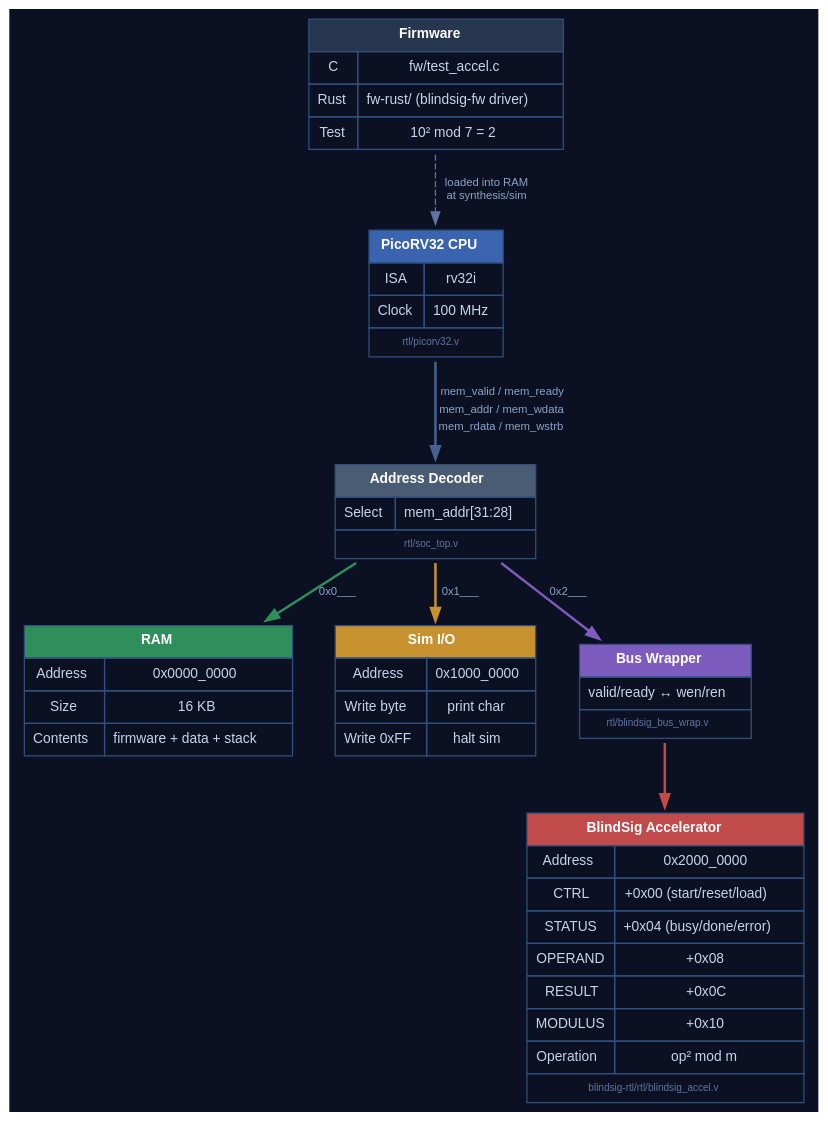
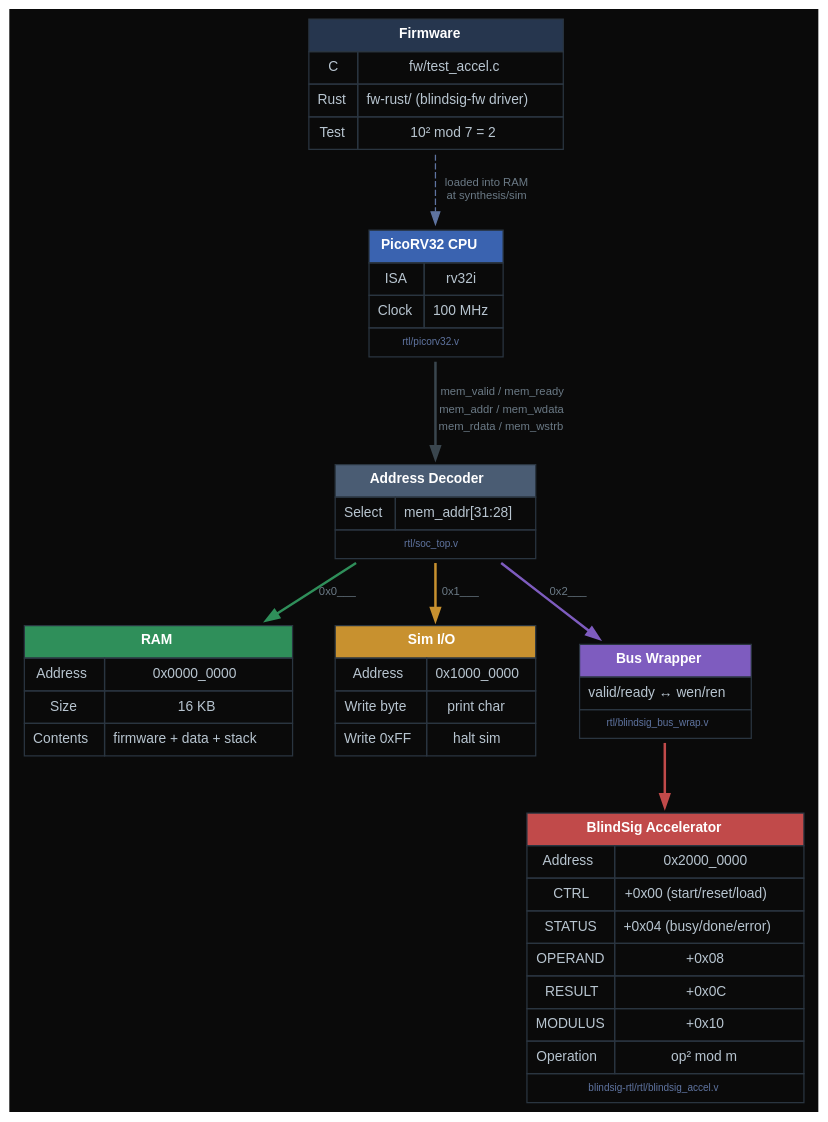
Before and after one commit to cong-or/blindsig-accel: the diagram in blindsig-soc/doc/soc_arch.dot, drawn with Graphviz. The commit also changed 5 other files, not shown here.

First line of the commit message:
Bring README diagrams onto the blindsig-hardware.org palette

```diff
--- a/blindsig-soc/doc/soc_arch.dot
+++ b/blindsig-soc/doc/soc_arch.dot
@@ -1,92 +1,92 @@
-// blindsig-soc architecture diagram (blueprint theme)
+// blindsig-soc architecture diagram (blindsig-hardware.org theme)
 // Generate: dot -Tsvg soc_arch.dot -o soc_arch.svg
 //           dot -Tpng -Gdpi=140 soc_arch.dot -o soc_arch.png
 
 digraph soc {
     rankdir=TB;
-    bgcolor="#0b1122";
+    bgcolor="#0a0a0a";
     fontname="Helvetica";
-    node [fontname="Helvetica", fontsize=11, fontcolor="#c7d5ea", shape=plaintext];
-    edge [fontname="Helvetica", fontsize=9, color="#46618f", fontcolor="#8ba3c7"];
+    node [fontname="Helvetica", fontsize=11, fontcolor="#b8c5d0", shape=plaintext];
+    edge [fontname="Helvetica", fontsize=9, color="#3a464e", fontcolor="#6b7a86"];
 
     // ── Firmware ──
     fw [label=<
-        <TABLE BORDER="0" CELLBORDER="1" CELLSPACING="0" CELLPADDING="6" COLOR="#31507d">
+        <TABLE BORDER="0" CELLBORDER="1" CELLSPACING="0" CELLPADDING="6" COLOR="#2a3540">
             <TR><TD BGCOLOR="#26364e" COLSPAN="2"><FONT COLOR="#ffffff"><B>Firmware</B></FONT></TD></TR>
             <TR><TD>C</TD><TD>fw/test_accel.c</TD></TR>
             <TR><TD>Rust</TD><TD>fw-rust/ (blindsig-fw driver)</TD></TR>
             <TR><TD>Test</TD><TD>10² mod 7 = 2</TD></TR>
         </TABLE>>];
 
     // ── CPU ──
     cpu [label=<
-        <TABLE BORDER="0" CELLBORDER="1" CELLSPACING="0" CELLPADDING="6" COLOR="#31507d">
+        <TABLE BORDER="0" CELLBORDER="1" CELLSPACING="0" CELLPADDING="6" COLOR="#2a3540">
             <TR><TD BGCOLOR="#3a63b0" COLSPAN="2"><FONT COLOR="#ffffff"><B>PicoRV32 CPU</B></FONT></TD></TR>
             <TR><TD>ISA</TD><TD>rv32i</TD></TR>
             <TR><TD>Clock</TD><TD>100 MHz</TD></TR>
             <TR><TD COLSPAN="2"><FONT COLOR="#5f74a0" POINT-SIZE="8">rtl/picorv32.v</FONT></TD></TR>
         </TABLE>>];
 
     // ── Address Decoder ──
     bus [label=<
-        <TABLE BORDER="0" CELLBORDER="1" CELLSPACING="0" CELLPADDING="6" COLOR="#31507d">
+        <TABLE BORDER="0" CELLBORDER="1" CELLSPACING="0" CELLPADDING="6" COLOR="#2a3540">
             <TR><TD BGCOLOR="#4a5c73" COLSPAN="2"><FONT COLOR="#ffffff"><B>Address Decoder</B></FONT></TD></TR>
             <TR><TD>Select</TD><TD>mem_addr[31:28]</TD></TR>
             <TR><TD COLSPAN="2"><FONT COLOR="#5f74a0" POINT-SIZE="8">rtl/soc_top.v</FONT></TD></TR>
         </TABLE>>];
 
     // ── RAM ──
     ram [label=<
-        <TABLE BORDER="0" CELLBORDER="1" CELLSPACING="0" CELLPADDING="6" COLOR="#31507d">
+        <TABLE BORDER="0" CELLBORDER="1" CELLSPACING="0" CELLPADDING="6" COLOR="#2a3540">
             <TR><TD BGCOLOR="#2f8f5a" COLSPAN="2"><FONT COLOR="#ffffff"><B>RAM</B></FONT></TD></TR>
             <TR><TD>Address</TD><TD>0x0000_0000</TD></TR>
             <TR><TD>Size</TD><TD>16 KB</TD></TR>
             <TR><TD>Contents</TD><TD>firmware + data + stack</TD></TR>
         </TABLE>>];
 
     // ── Sim I/O ──
     simio [label=<
-        <TABLE BORDER="0" CELLBORDER="1" CELLSPACING="0" CELLPADDING="6" COLOR="#31507d">
+        <TABLE BORDER="0" CELLBORDER="1" CELLSPACING="0" CELLPADDING="6" COLOR="#2a3540">
             <TR><TD BGCOLOR="#c8912f" COLSPAN="2"><FONT COLOR="#ffffff"><B>Sim I/O</B></FONT></TD></TR>
             <TR><TD>Address</TD><TD>0x1000_0000</TD></TR>
             <TR><TD>Write byte</TD><TD>print char</TD></TR>
             <TR><TD>Write 0xFF</TD><TD>halt sim</TD></TR>
         </TABLE>>];
 
     // ── Bus Wrapper ──
     buswrap [label=<
-        <TABLE BORDER="0" CELLBORDER="1" CELLSPACING="0" CELLPADDING="6" COLOR="#31507d">
+        <TABLE BORDER="0" CELLBORDER="1" CELLSPACING="0" CELLPADDING="6" COLOR="#2a3540">
             <TR><TD BGCOLOR="#7e5cbf" COLSPAN="2"><FONT COLOR="#ffffff"><B>Bus Wrapper</B></FONT></TD></TR>
             <TR><TD COLSPAN="2">valid/ready ↔ wen/ren</TD></TR>
             <TR><TD COLSPAN="2"><FONT COLOR="#5f74a0" POINT-SIZE="8">rtl/blindsig_bus_wrap.v</FONT></TD></TR>
         </TABLE>>];
 
     // ── Accelerator ──
     accel [label=<
-        <TABLE BORDER="0" CELLBORDER="1" CELLSPACING="0" CELLPADDING="6" COLOR="#31507d">
+        <TABLE BORDER="0" CELLBORDER="1" CELLSPACING="0" CELLPADDING="6" COLOR="#2a3540">
             <TR><TD BGCOLOR="#c14a4a" COLSPAN="2"><FONT COLOR="#ffffff"><B>BlindSig Accelerator</B></FONT></TD></TR>
             <TR><TD>Address</TD><TD>0x2000_0000</TD></TR>
             <TR><TD>CTRL</TD><TD>+0x00 (start/reset/load)</TD></TR>
             <TR><TD>STATUS</TD><TD>+0x04 (busy/done/error)</TD></TR>
             <TR><TD>OPERAND</TD><TD>+0x08</TD></TR>
             <TR><TD>RESULT</TD><TD>+0x0C</TD></TR>
             <TR><TD>MODULUS</TD><TD>+0x10</TD></TR>
             <TR><TD>Operation</TD><TD>op² mod m</TD></TR>
             <TR><TD COLSPAN="2"><FONT COLOR="#5f74a0" POINT-SIZE="8">blindsig-rtl/rtl/blindsig_accel.v</FONT></TD></TR>
         </TABLE>>];
 
     // ── Dataflow ──
     fw -> cpu [label="  loaded into RAM\n  at synthesis/sim", style=dashed, color="#5f74a0"];
 
     cpu -> bus [label=<
         <TABLE BORDER="0" CELLSPACING="0" CELLPADDING="2">
-            <TR><TD><FONT COLOR="#8ba3c7">mem_valid / mem_ready</FONT></TD></TR>
-            <TR><TD><FONT COLOR="#8ba3c7">mem_addr / mem_wdata</FONT></TD></TR>
-            <TR><TD><FONT COLOR="#8ba3c7">mem_rdata / mem_wstrb</FONT></TD></TR>
+            <TR><TD><FONT COLOR="#6b7a86">mem_valid / mem_ready</FONT></TD></TR>
+            <TR><TD><FONT COLOR="#6b7a86">mem_addr / mem_wdata</FONT></TD></TR>
+            <TR><TD><FONT COLOR="#6b7a86">mem_rdata / mem_wstrb</FONT></TD></TR>
         </TABLE>>, penwidth=2];
 
     bus -> ram     [label="  0x0___", penwidth=2, color="#2f8f5a"];
     bus -> simio   [label="  0x1___", penwidth=2, color="#c8912f"];
     bus -> buswrap [label="  0x2___", penwidth=2, color="#7e5cbf"];
     buswrap -> accel [penwidth=2, color="#c14a4a"];
 }
```
